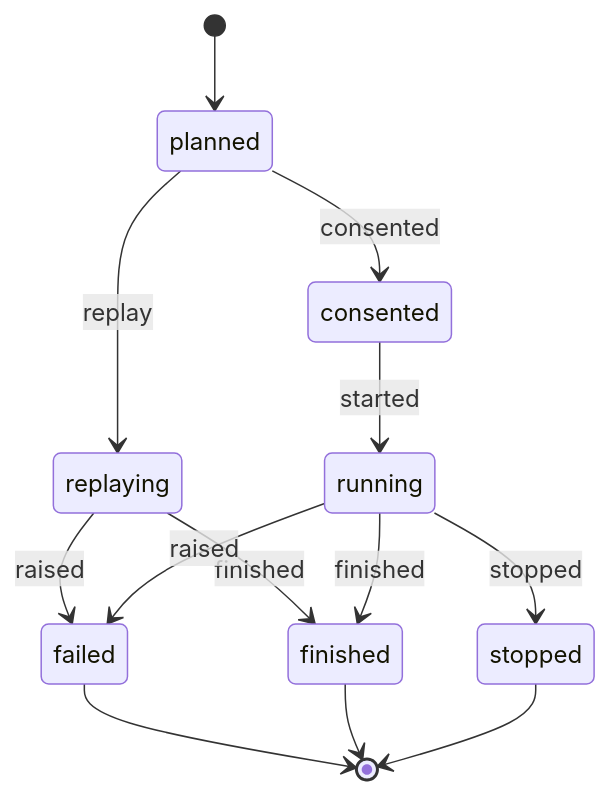
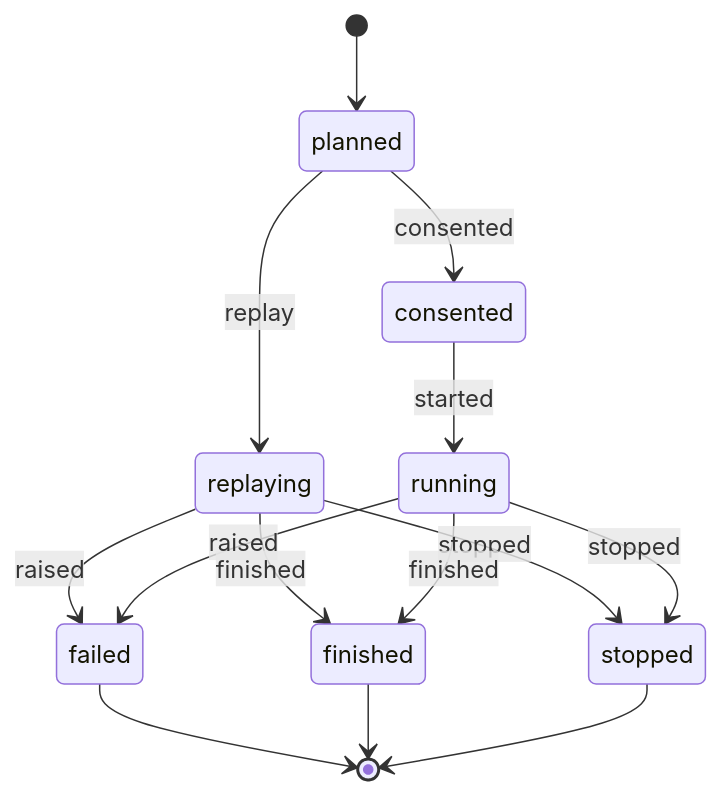
One commit to experientiallabs/experiential changed the first of 3 diagrams in docs/reference/decision-variance-front-door.md. Above: the diagram before and after it, drawn with Mermaid. The commit also changed 2 other files, not shown here.

Commit message:
Let a replayed front-door run end stopped (F6)
RUN_MACHINE had no replaying -> stopped row, so a replay whose saved work stops (a halted slot,
a stopped start) raised IllegalTransition after every phase replayed.

````diff
--- a/docs/reference/decision-variance-front-door.md
+++ b/docs/reference/decision-variance-front-door.md
@@ -102,15 +102,16 @@
 ```mermaid
 stateDiagram-v2
     [*] --> planned
     planned --> consented: consented
     planned --> replaying: replay
     consented --> running: started
     replaying --> finished: finished
+    replaying --> stopped: stopped
     replaying --> failed: raised
     running --> finished: finished
     running --> stopped: stopped
     running --> failed: raised
     failed --> [*]
     finished --> [*]
     stopped --> [*]
 ```
````
